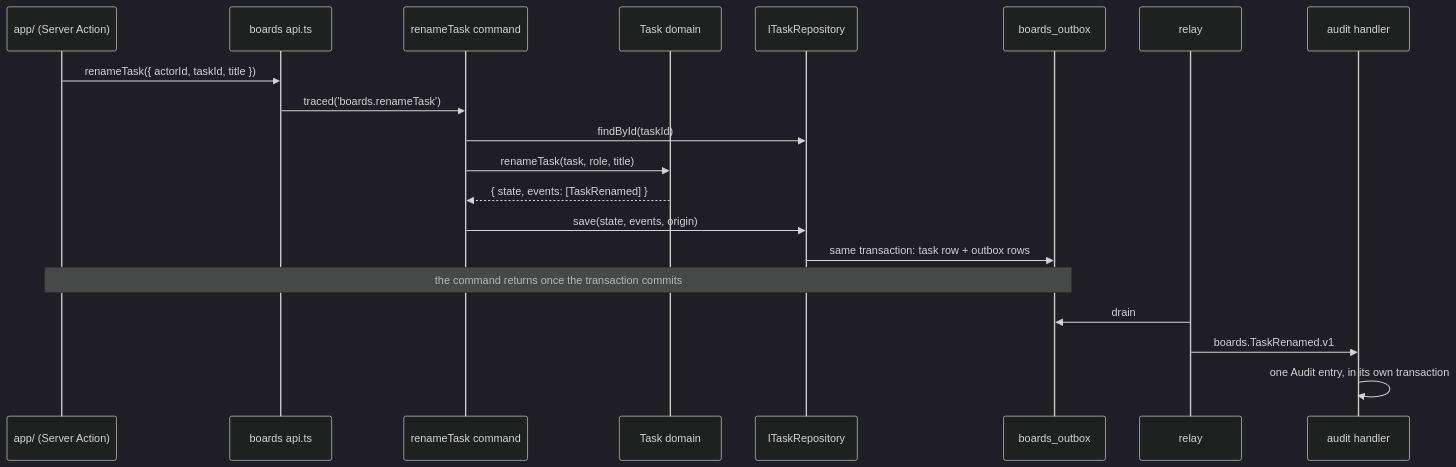
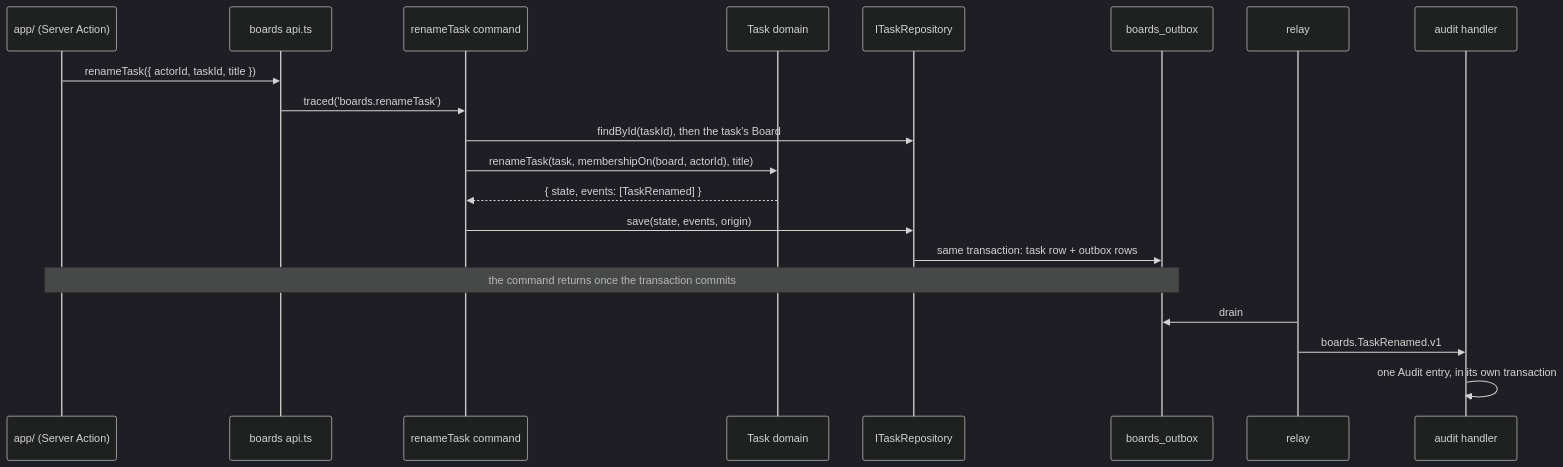
One commit to B-Jones-RFD/next-ddd-starter changed the diagram in site/scale/index.md. Above: the diagram before and after it, drawn with Mermaid (dark theme). The commit also changed 10 other files, not shown here.

````diff
--- a/site/scale/index.md
+++ b/site/scale/index.md
@@ -20,22 +20,22 @@
 ```mermaid
 sequenceDiagram
   participant A as app/ (Server Action)
   participant API as boards api.ts
   participant C as renameTask command
   participant D as Task domain
   participant R as ITaskRepository
   participant O as boards_outbox
   participant Rel as relay
   participant Au as audit handler
   A->>API: renameTask({ actorId, taskId, title })
   API->>C: traced('boards.renameTask')
-  C->>R: findById(taskId)
-  C->>D: renameTask(task, role, title)
+  C->>R: findById(taskId), then the task's Board
+  C->>D: renameTask(task, membershipOn(board, actorId), title)
   D-->>C: { state, events: [TaskRenamed] }
   C->>R: save(state, events, origin)
   R->>O: same transaction: task row + outbox rows
   Note over A,O: the command returns once the transaction commits
   Rel->>O: drain
   Rel->>Au: boards.TaskRenamed.v1
   Au->>Au: one Audit entry, in its own transaction
 ```
````
